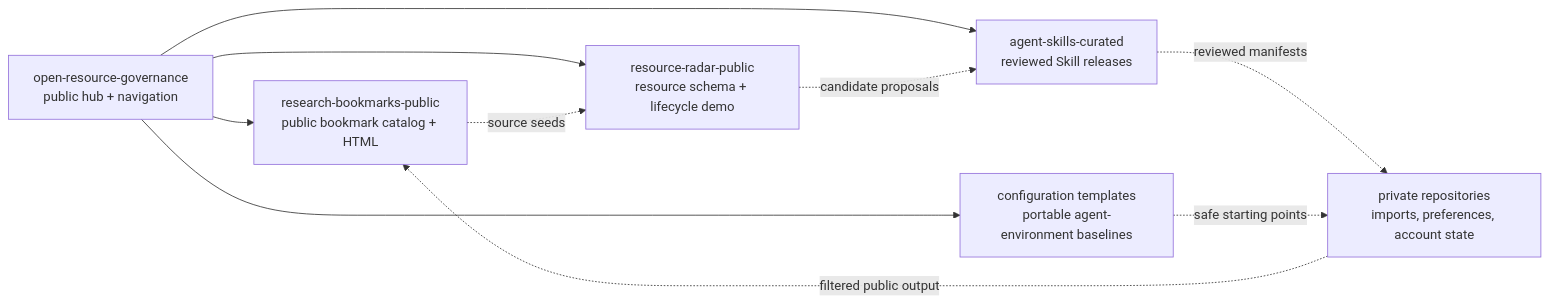
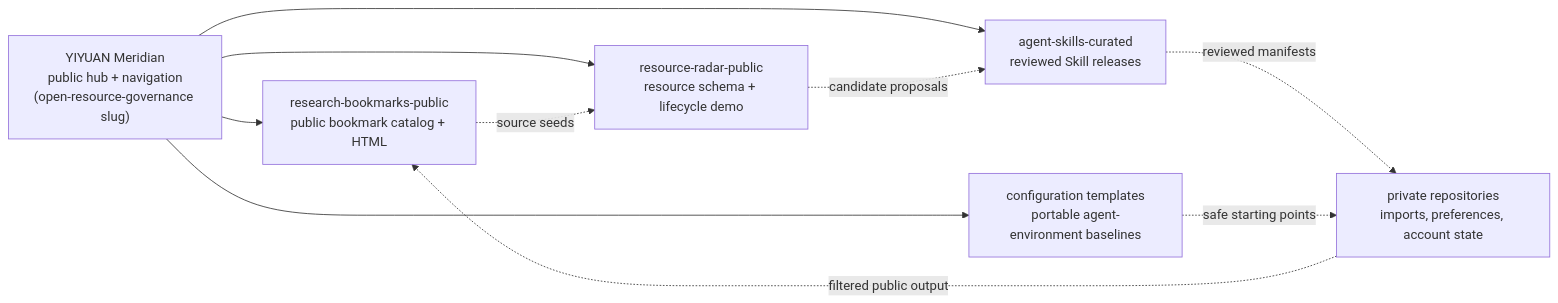
Before and after one commit to yiheng8023/open-resource-governance: the diagram in README.md, drawn with Mermaid. The commit also changed other lines of this file and 17 other files, not shown here.

Commit message:
Adopt YIYUAN Meridian positioning

````diff
--- a/README.md
+++ b/README.md
@@ -84,19 +84,19 @@
 ```mermaid
 flowchart LR
-  hub["open-resource-governance<br/>public hub + navigation"]
+  hub["YIYUAN Meridian<br/>public hub + navigation<br/>(open-resource-governance slug)"]
   bookmarks["research-bookmarks-public<br/>public bookmark catalog + HTML"]
   radar["resource-radar-public<br/>resource schema + lifecycle demo"]
   templates["configuration templates<br/>portable agent-environment baselines"]
   private["private repositories<br/>imports, preferences, account state"]
   skills["agent-skills-curated<br/>reviewed Skill releases"]
 
   hub --> bookmarks
   hub --> radar
   hub --> templates
   hub --> skills
   private -. "filtered public output" .-> bookmarks
   bookmarks -. "source seeds" .-> radar
   radar -. "candidate proposals" .-> skills
   skills -. "reviewed manifests" .-> private
   templates -. "safe starting points" .-> private
 ```
````
